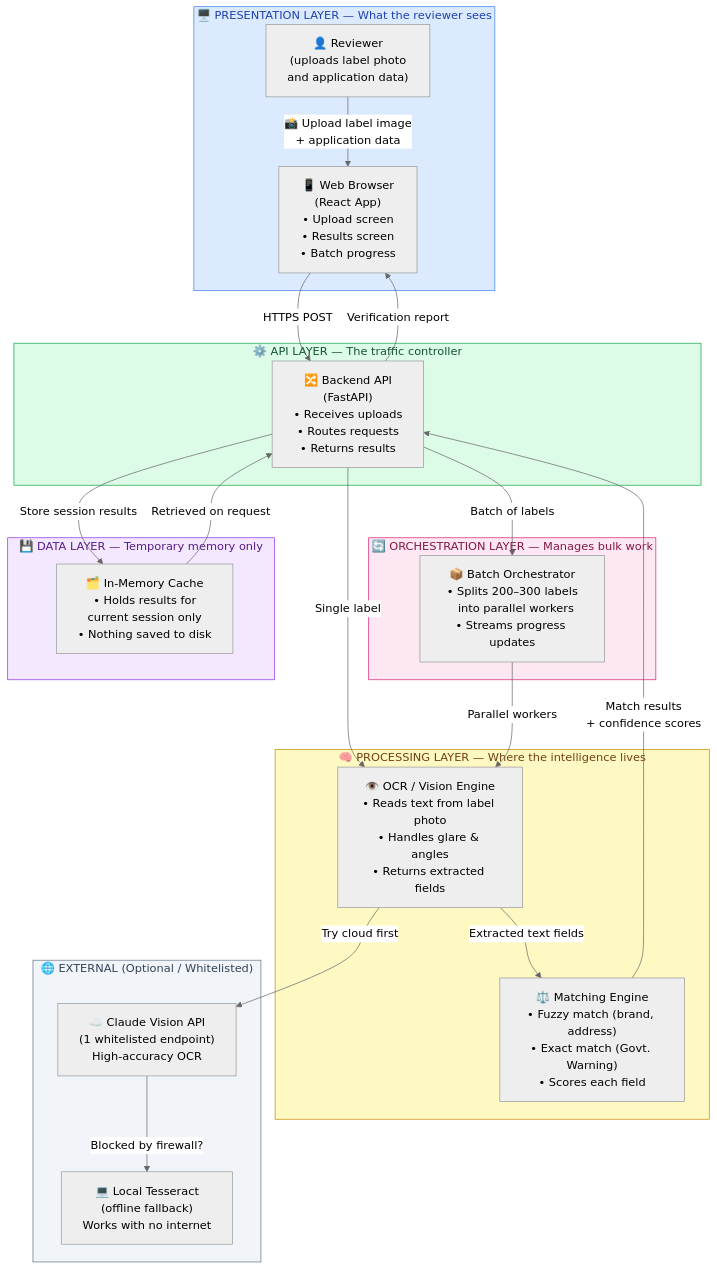
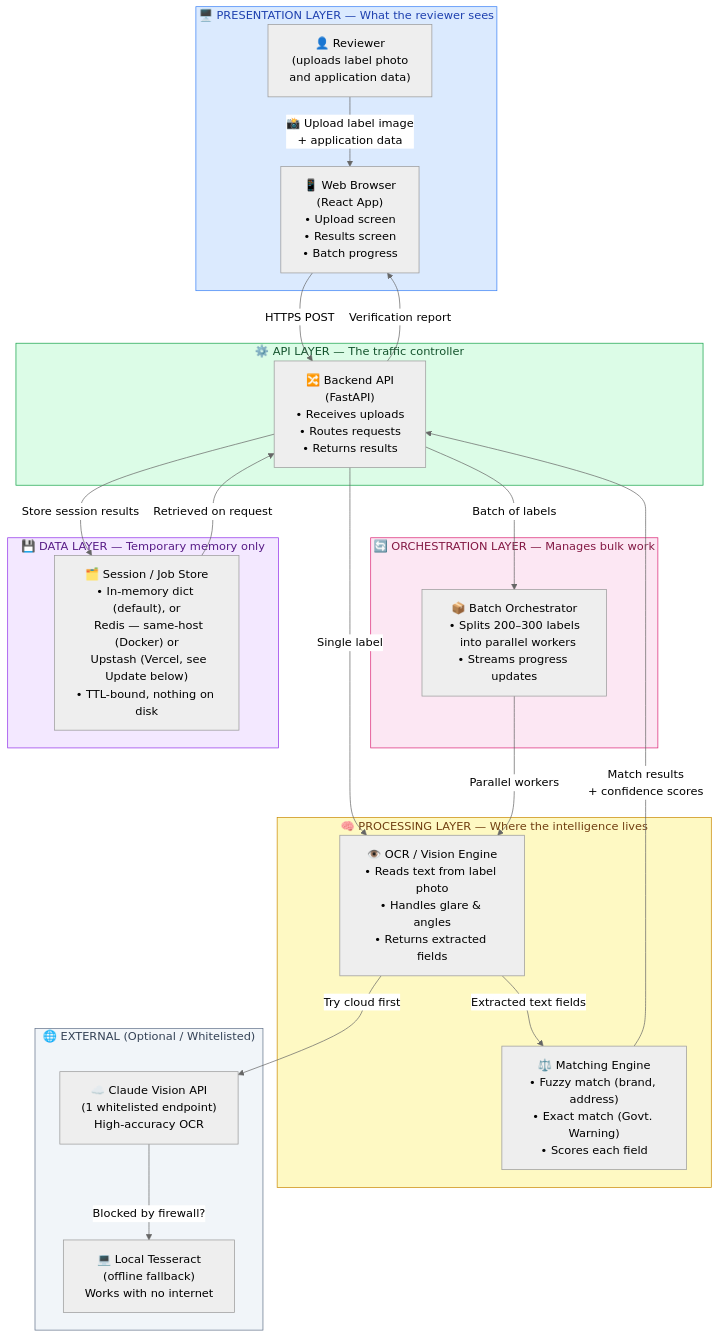
One commit to hfenelsoftllc/alcohol-label-verification-app changed the first of 5 diagrams in docs/architecture/ADR-001-System-Architecture.md. Above: the diagram before and after it, drawn with Mermaid (neutral theme). The commit also changed other lines of this file, not shown here.

First line of the commit message:
docs: add physical architecture diagram, update logical diagram for Redis

````diff
--- a/docs/architecture/ADR-001-System-Architecture.md
+++ b/docs/architecture/ADR-001-System-Architecture.md
@@ -155,49 +156,49 @@
 ```mermaid
 graph TB
     subgraph UI["🖥️  PRESENTATION LAYER — What the reviewer sees"]
         A["👤 Reviewer\n(uploads label photo\nand application data)"]
         B["📱 Web Browser\n(React App)\n• Upload screen\n• Results screen\n• Batch progress"]
     end
 
     subgraph API["⚙️  API LAYER — The traffic controller"]
         C["🔀 Backend API\n(FastAPI)\n• Receives uploads\n• Routes requests\n• Returns results"]
     end
 
     subgraph PROC["🧠  PROCESSING LAYER — Where the intelligence lives"]
         D["👁️ OCR / Vision Engine\n• Reads text from label photo\n• Handles glare & angles\n• Returns extracted fields"]
         E["⚖️ Matching Engine\n• Fuzzy match (brand, address)\n• Exact match (Govt. Warning)\n• Scores each field"]
     end
 
     subgraph ORCH["🔄  ORCHESTRATION LAYER — Manages bulk work"]
         F["📦 Batch Orchestrator\n• Splits 200–300 labels\n  into parallel workers\n• Streams progress updates"]
     end
 
     subgraph DATA["💾  DATA LAYER — Temporary memory only"]
-        G["🗂️ In-Memory Cache\n• Holds results for\n  current session only\n• Nothing saved to disk"]
+        G["🗂️ Session / Job Store\n• In-memory dict (default), or\n  Redis — same-host (Docker) or\n  Upstash (Vercel, see Update below)\n• TTL-bound, nothing on disk"]
     end
 
     subgraph EXT["🌐  EXTERNAL (Optional / Whitelisted)"]
         H["☁️ Claude Vision API\n(1 whitelisted endpoint)\nHigh-accuracy OCR"]
         I["💻 Local Tesseract\n(offline fallback)\nWorks with no internet"]
     end
 
     A -->|"📸 Upload label image\n+ application data"| B
     B -->|"HTTPS POST"| C
     C -->|"Single label"| D
     C -->|"Batch of labels"| F
     F -->|"Parallel workers"| D
     D -->|"Try cloud first"| H
     H -->|"Blocked by firewall?"| I
     D -->|"Extracted text fields"| E
     E -->|"Match results\n+ confidence scores"| C
     C -->|"Store session results"| G
     C -->|"Verification report"| B
     G -->|"Retrieved on request"| C
 
     style UI fill:#dbeafe,stroke:#3b82f6,color:#1e40af
     style API fill:#dcfce7,stroke:#16a34a,color:#14532d
     style PROC fill:#fef9c3,stroke:#ca8a04,color:#713f12
     style ORCH fill:#fce7f3,stroke:#db2777,color:#831843
     style DATA fill:#f3e8ff,stroke:#9333ea,color:#581c87
     style EXT fill:#f1f5f9,stroke:#64748b,color:#334155
 ```
````
